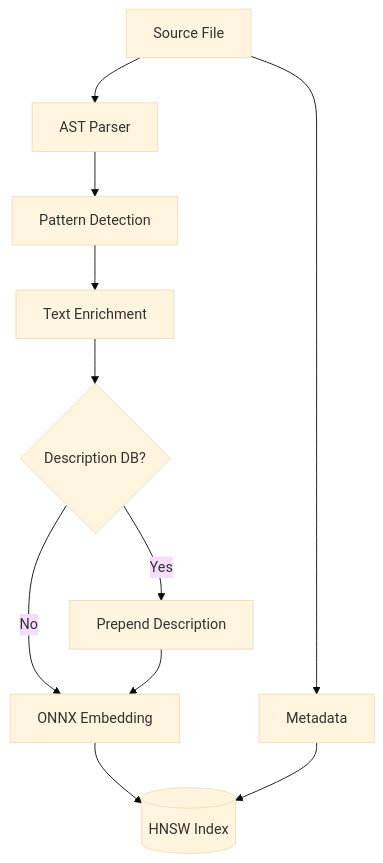
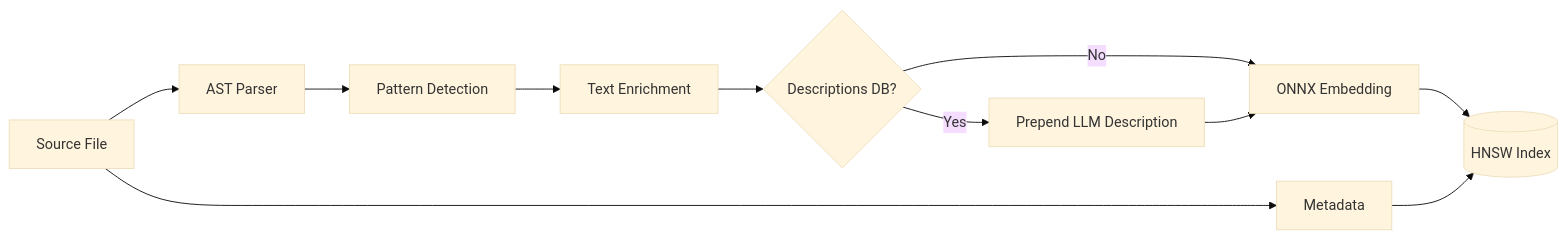
Before and after one commit to krejcif/magector: the second of 11 diagrams in README.md, drawn with Mermaid (base theme). The commit also changed other lines of this file and 3 other files, not shown here.

````diff
--- a/README.md
+++ b/README.md
@@ -93,13 +97,12 @@
 ```mermaid
-flowchart TD
-  A[Source File] --> B[AST Parser]
-  B --> C[Pattern Detection]
-  C --> D[Text Enrichment]
-  D --> D2{Description DB?}
-  D2 -->|Yes| D3["Prepend Description"]
-  D2 -->|No| E[ONNX Embedding]
+flowchart LR
+  A["Source File"] --> B["AST Parser"]
+  B --> C["Pattern Detection"]
+  C --> D["Text Enrichment"]
+  D --> D2{"Descriptions DB?"}
+  D2 -->|Yes| D3["Prepend LLM Description"]
+  D2 -->|No| E["ONNX Embedding"]
   D3 --> E
-  E --> F[(HNSW Index)]
-  A --> G[Metadata]
-  G --> F
+  E --> F[("HNSW Index")]
+  A --> G["Metadata"] --> F
 ```
````
